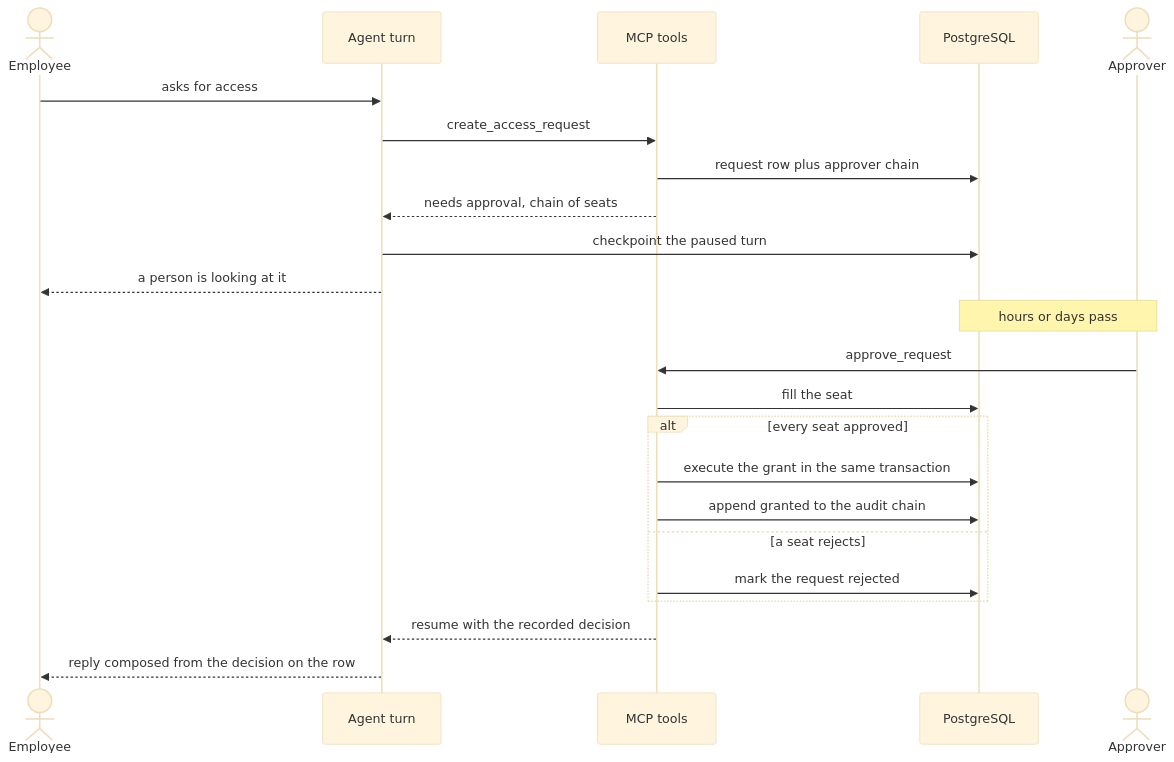
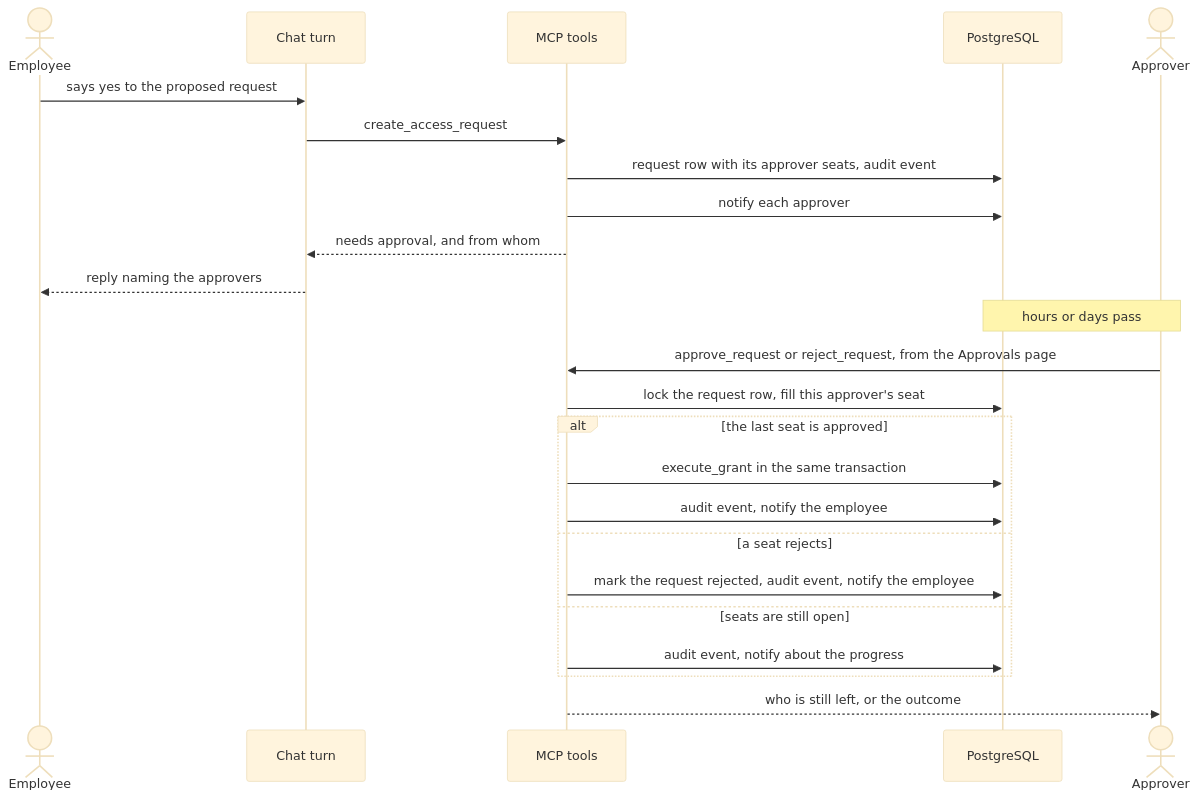
Before and after one commit to masudur-rahman-musa/helpdesk-agentic-flow: the diagram in docs/diagrams/approval-lifecycle.md, drawn with Mermaid (base theme). The commit also changed other lines of this file and 13 other files, not shown here.

````diff
--- a/docs/diagrams/approval-lifecycle.md
+++ b/docs/diagrams/approval-lifecycle.md
@@ -6,28 +7,29 @@
 ```mermaid
 sequenceDiagram
     actor Employee
-    participant Turn as Agent turn
+    participant Turn as Chat turn
     participant Tools as MCP tools
     participant DB as PostgreSQL
     actor Approver
 
-    Employee->>Turn: asks for access
+    Employee->>Turn: says yes to the proposed request
     Turn->>Tools: create_access_request
-    Tools->>DB: request row plus approver chain
-    Tools-->>Turn: needs approval, chain of seats
-    Turn->>DB: checkpoint the paused turn
-    Turn-->>Employee: a person is looking at it
+    Tools->>DB: request row with its approver seats, audit event
+    Tools->>DB: notify each approver
+    Tools-->>Turn: needs approval, and from whom
+    Turn-->>Employee: reply naming the approvers
 
     Note over DB,Approver: hours or days pass
 
-    Approver->>Tools: approve_request
-    Tools->>DB: fill the seat
-    alt every seat approved
-        Tools->>DB: execute the grant in the same transaction
-        Tools->>DB: append granted to the audit chain
+    Approver->>Tools: approve_request or reject_request, from the Approvals page
+    Tools->>DB: lock the request row, fill this approver's seat
+    alt the last seat is approved
+        Tools->>DB: execute_grant in the same transaction
+        Tools->>DB: audit event, notify the employee
     else a seat rejects
-        Tools->>DB: mark the request rejected
+        Tools->>DB: mark the request rejected, audit event, notify the employee
+    else seats are still open
+        Tools->>DB: audit event, notify about the progress
     end
-    Tools-->>Turn: resume with the recorded decision
-    Turn-->>Employee: reply composed from the decision on the row
+    Tools-->>Approver: who is still left, or the outcome
 ```
````
